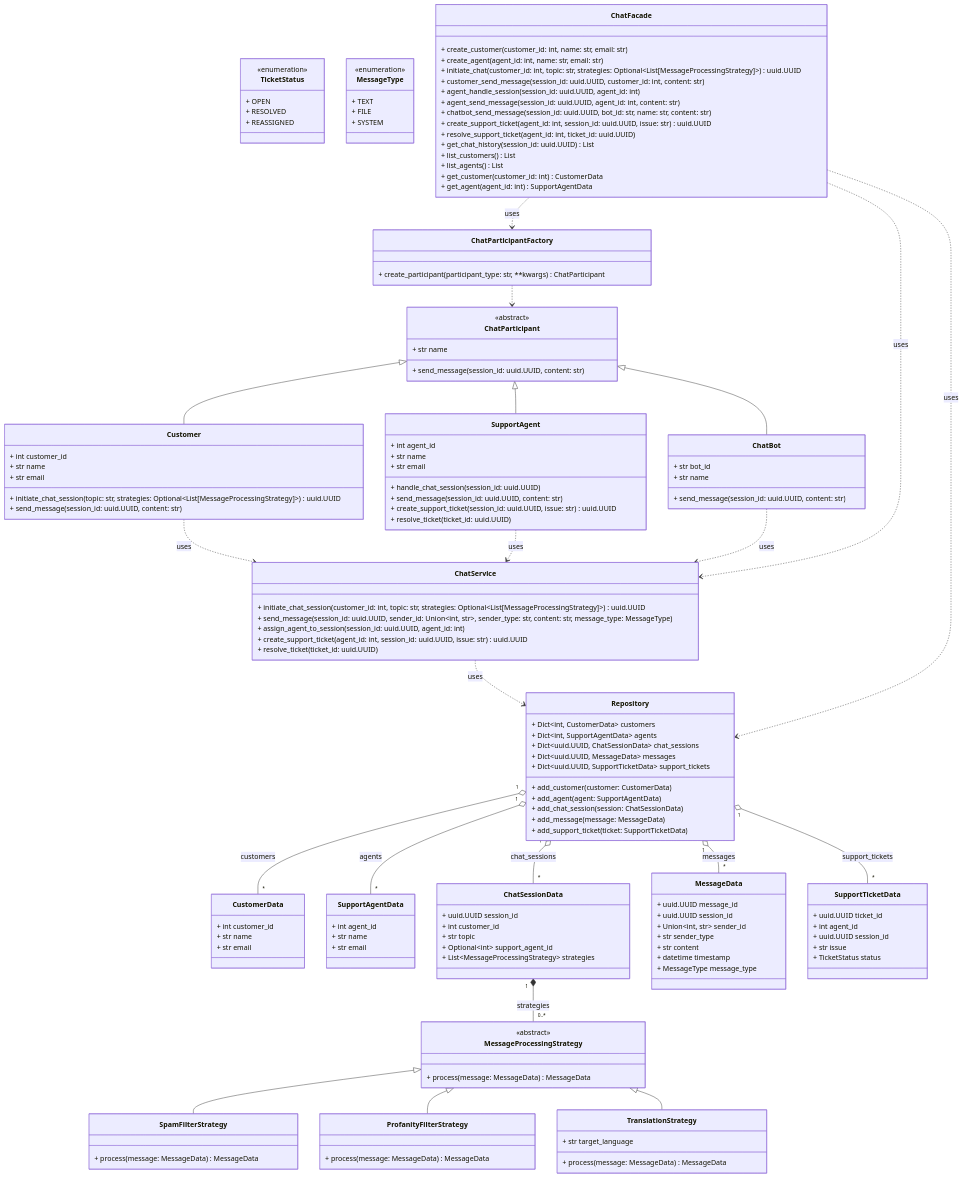
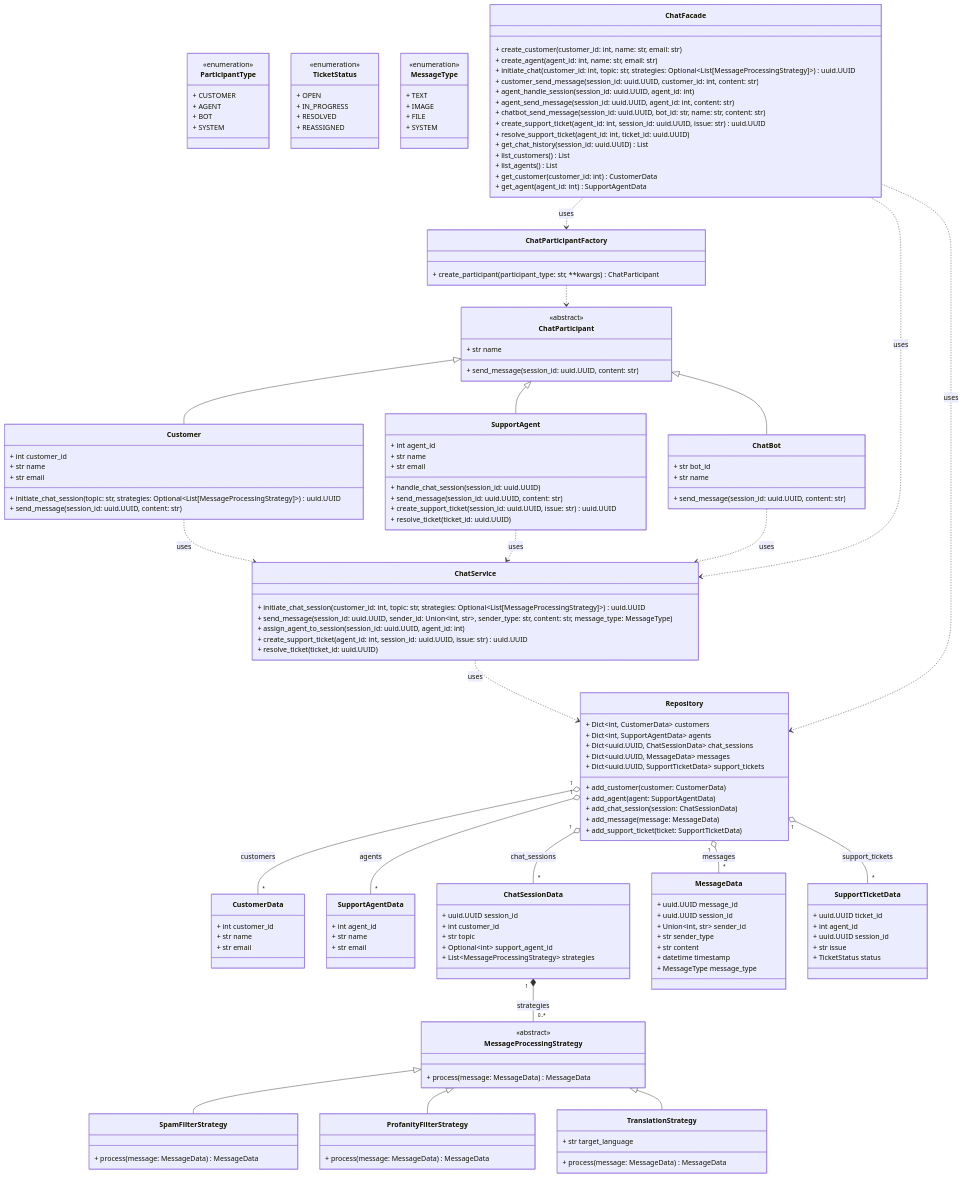
One commit to amr-khalil/chat-app changed the diagram in uml/class_diagram.md. Above: the diagram before and after it, drawn with Mermaid. The commit also changed 6 other files, not shown here.

````diff
--- a/uml/class_diagram.md
+++ b/uml/class_diagram.md
@@ -3,9 +3,17 @@
 classDiagram
 
 %% Enums
+class ParticipantType {
+<<enumeration>>
++ CUSTOMER
++ AGENT
++ BOT
++ SYSTEM
+}
 class TicketStatus {
 <<enumeration>>
 + OPEN
++ IN_PROGRESS
 + RESOLVED
 + REASSIGNED
 }
@@ -13,6 +21,7 @@
 class MessageType {
 <<enumeration>>
 + TEXT
++ IMAGE
 + FILE
 + SYSTEM
 }
@@ -180,5 +189,4 @@
 ChatFacade ..> ChatService : uses
 ChatFacade ..> Repository : uses
 
-
 ```
````
